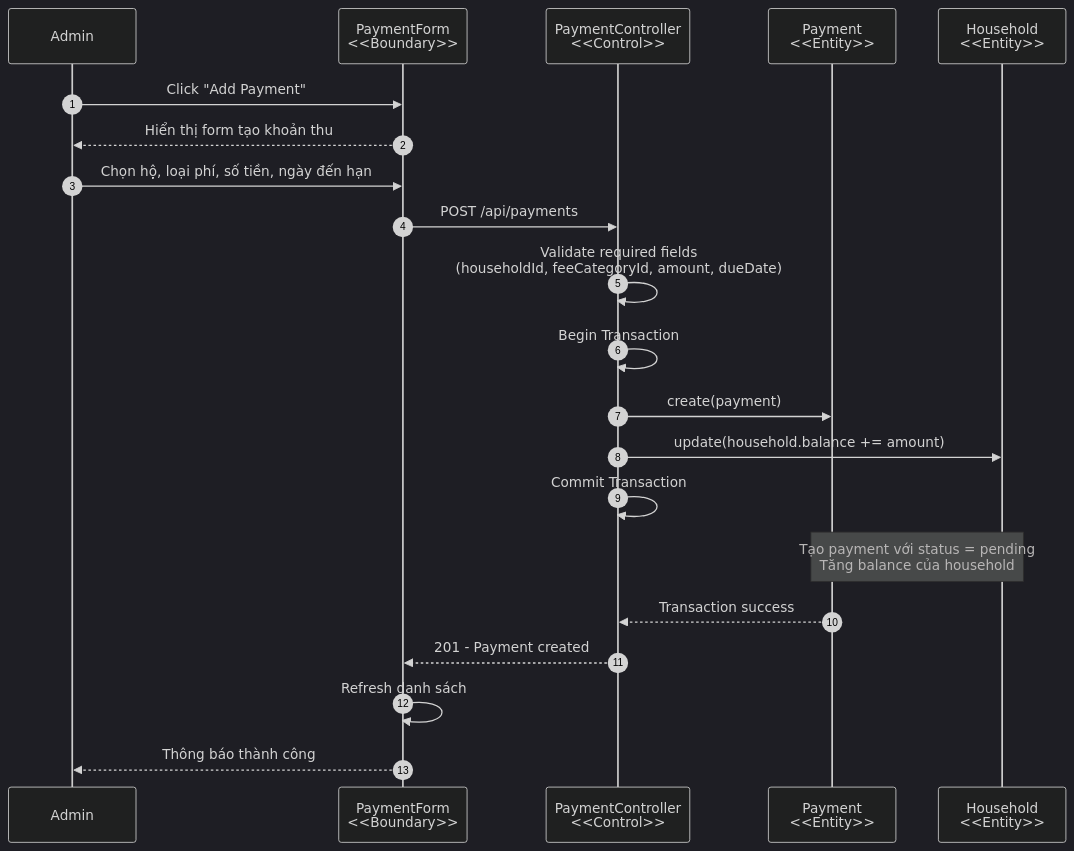
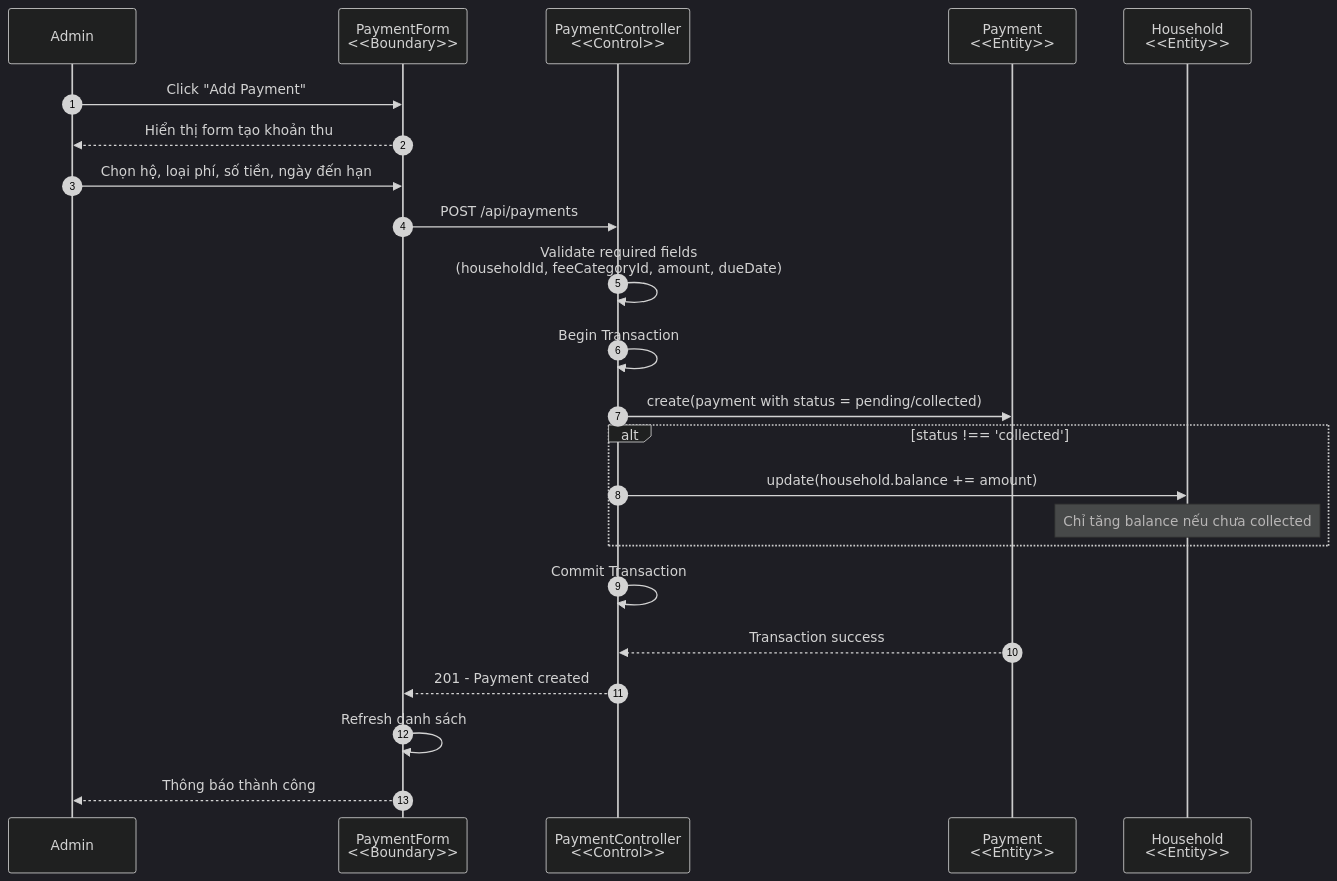
Diagram 13 of 25 in docs/sequence-diagrams.md (MinhNghia2010/Bluemoon), drawn with Mermaid before and after one commit. The commit also changed other lines of this file and 1 other file, not shown here.

````diff
--- a/docs/sequence-diagrams.md
+++ b/docs/sequence-diagrams.md
@@ -471,31 +486,34 @@
 ```mermaid
 %%{init: {'theme': 'dark'}}%%
 sequenceDiagram
     autonumber
     participant Admin as Admin
     participant View as PaymentForm<br/><<Boundary>>
     participant Controller as PaymentController<br/><<Control>>
     participant PaymentModel as Payment<br/><<Entity>>
     participant HouseholdModel as Household<br/><<Entity>>
     
     Admin->>View: Click "Add Payment"
     View-->>Admin: Hiển thị form tạo khoản thu
     
     Admin->>View: Chọn hộ, loại phí, số tiền, ngày đến hạn
     View->>Controller: POST /api/payments
     
     Controller->>Controller: Validate required fields<br/>(householdId, feeCategoryId, amount, dueDate)
     
     Controller->>Controller: Begin Transaction
-    Controller->>PaymentModel: create(payment)
-    Controller->>HouseholdModel: update(household.balance += amount)
+    Controller->>PaymentModel: create(payment with status = pending/collected)
+    
+    alt status !== 'collected'
+        Controller->>HouseholdModel: update(household.balance += amount)
+        Note over HouseholdModel: Chỉ tăng balance nếu chưa collected
+    end
+    
     Controller->>Controller: Commit Transaction
-    
-    Note over PaymentModel,HouseholdModel: Tạo payment với status = pending<br/>Tăng balance của household
     
     PaymentModel-->>Controller: Transaction success
     Controller-->>View: 201 - Payment created
     
     View->>View: Refresh danh sách
     View-->>Admin: Thông báo thành công
 ```
````
